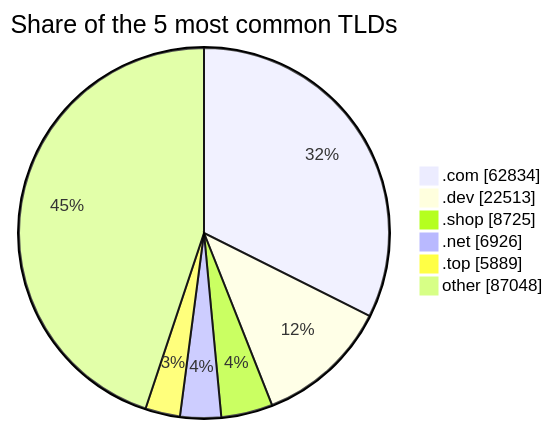
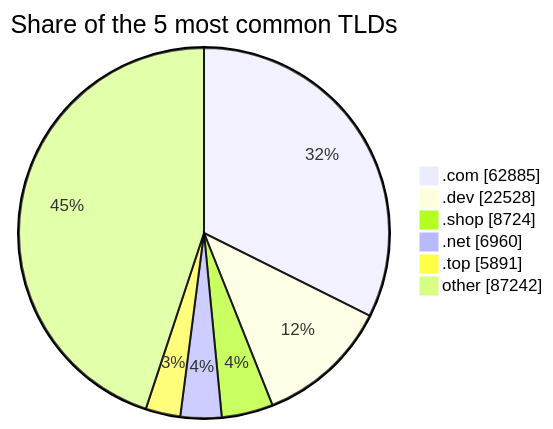
Before and after one commit to DNSBunker/CTI: the third of 3 diagrams in README.md, drawn with Mermaid. The commit also changed other lines of this file and 3 other files, not shown here.

````diff
--- a/README.md
+++ b/README.md
@@ -81,9 +81,9 @@
 ```mermaid
 pie showData title Share of the 5 most common TLDs
-    ".com" : 62834
-    ".dev" : 22513
-    ".shop" : 8725
-    ".net" : 6926
-    ".top" : 5889
-    "other" : 87048
+    ".com" : 62885
+    ".dev" : 22528
+    ".shop" : 8724
+    ".net" : 6960
+    ".top" : 5891
+    "other" : 87242
 ```
````
